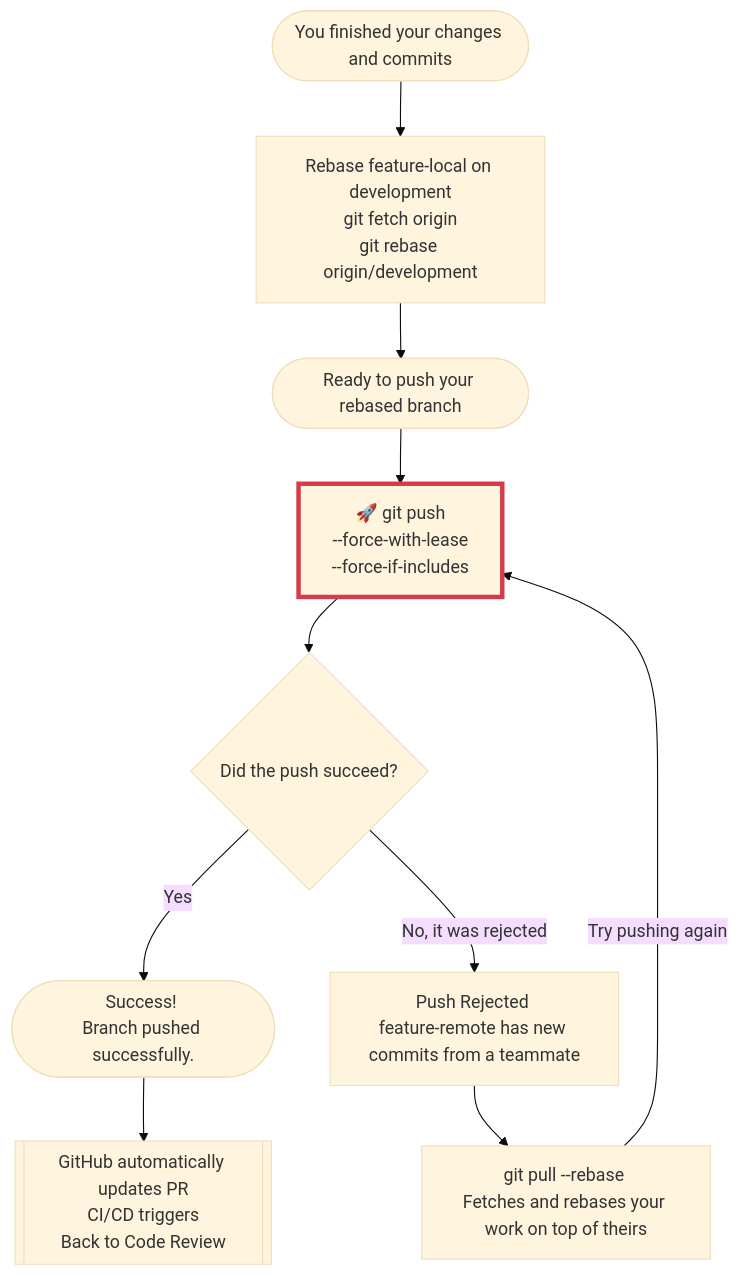
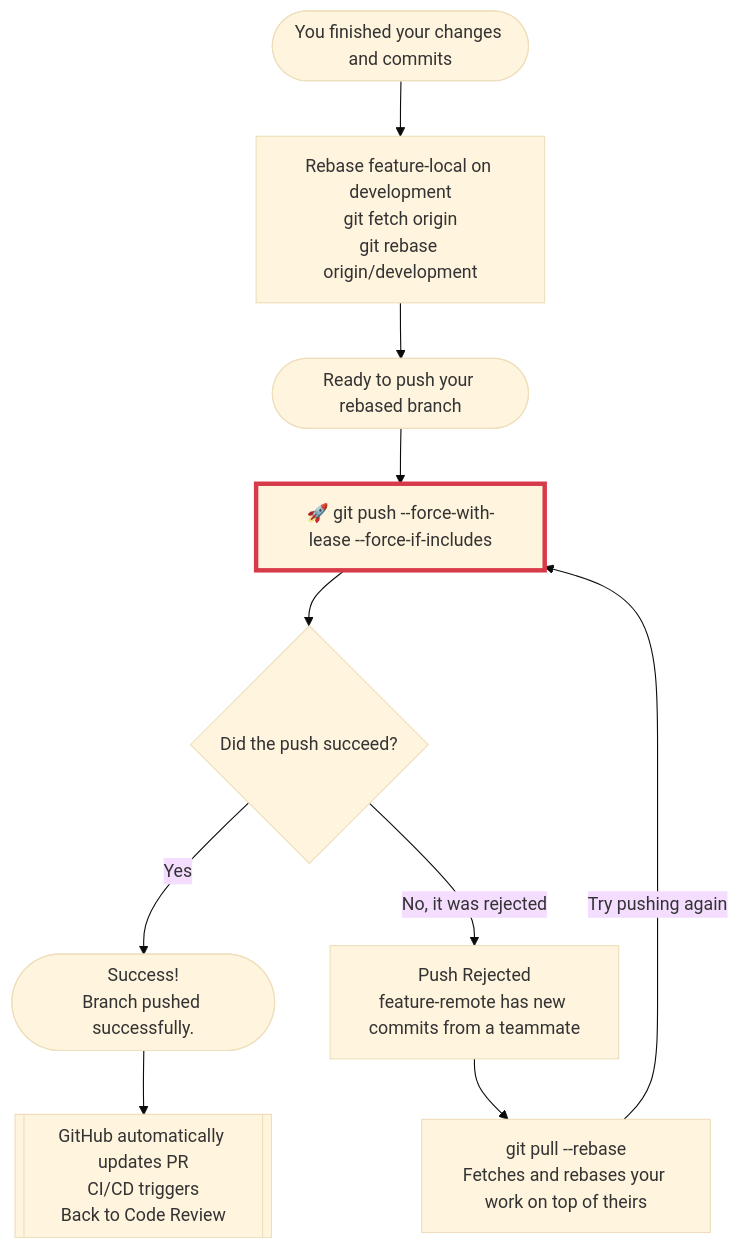
One commit to zurcacielos/git-rebase-explained-to-infinity changed the second of 14 diagrams in README.md. Above: the diagram before and after it, drawn with Mermaid (base theme). The commit also changed other lines of this file, not shown here.

Commit message:
change mermaid format for wrap

````diff
--- a/README.md
+++ b/README.md
@@ -86,21 +91,28 @@
 ```mermaid
 flowchart TD
-    Start([You finished your changes and commits]) --> RebaseLocal[Rebase feature-local on development<br>git fetch origin<br>git rebase origin/development]
+    Start(["`You finished your changes and commits`"]) --> RebaseLocal["`Rebase feature-local on development
+    git fetch origin
+    git rebase origin/development`"]
     
-    RebaseLocal --> Ready([Ready to push your rebased branch])
+    RebaseLocal --> Ready(["`Ready to push your rebased branch`"])
     
-    Ready --> Push1["🚀 git push<br>--force-with-lease<br>--force-if-includes"]
+    Ready --> Push1["`🚀 git push --force-with-lease --force-if-includes`"]
     style Push1 stroke:#d73a49,stroke-width:4px
     
-    Push1 --> Check1{Did the push succeed?}
+    Push1 --> Check1{"`Did the push succeed?`"}
     
-    Check1 -- Yes --> Success1([Success! <br>Branch pushed successfully.])
+    Check1 -- Yes --> Success1(["`Success!
+    Branch pushed successfully.`"])
     
-    Success1 --> AutoPR[[GitHub automatically updates PR<br>CI/CD triggers<br>Back to Code Review]]
+    Success1 --> AutoPR[["`GitHub automatically updates PR
+    CI/CD triggers
+    Back to Code Review`"]]
     
-    Check1 -- No, it was rejected --> Rejected[Push Rejected <br>feature-remote has new commits from a teammate]
+    Check1 -- No, it was rejected --> Rejected["`Push Rejected
+    feature-remote has new commits from a teammate`"]
     
-    Rejected --> PullRebase[git pull --rebase <br>Fetches and rebases your work on top of theirs]
+    Rejected --> PullRebase["`git pull --rebase
+    Fetches and rebases your work on top of theirs`"]
     
     PullRebase -->|Try pushing again| Push1
 ```
````
